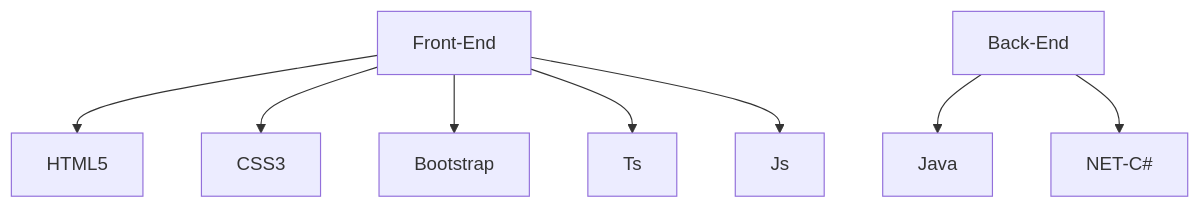
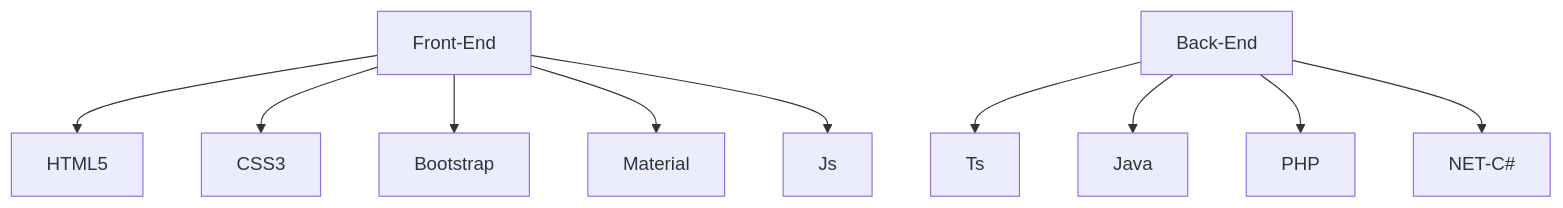
Before and after one commit to LuongXuanNhat/LuongXuanNhat: the first of 2 diagrams in README.md, drawn with Mermaid.

````diff
--- a/README.md
+++ b/README.md
@@ -24,10 +24,12 @@
 ```mermaid
 graph TD;
     Front-End-->HTML5;
     Front-End-->CSS3;
     Front-End-->Bootstrap;
-    Front-End-->Ts;
+    Front-End-->Material;
     Front-End-->Js;
+    Back-End-->Ts;
     Back-End-->Java;
+    Back-End-->PHP;
     Back-End-->NET-C#;
    ```
````
